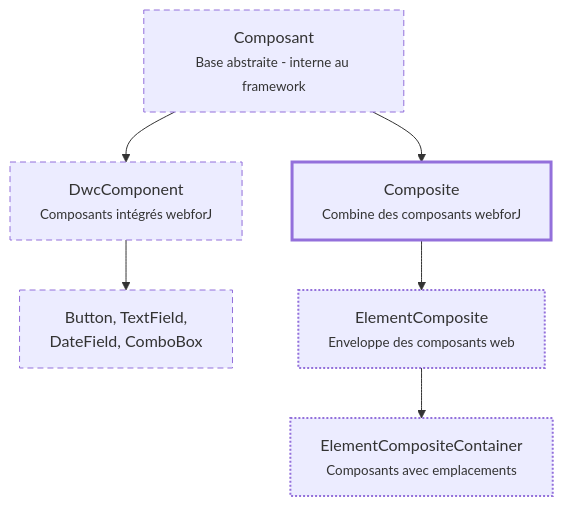
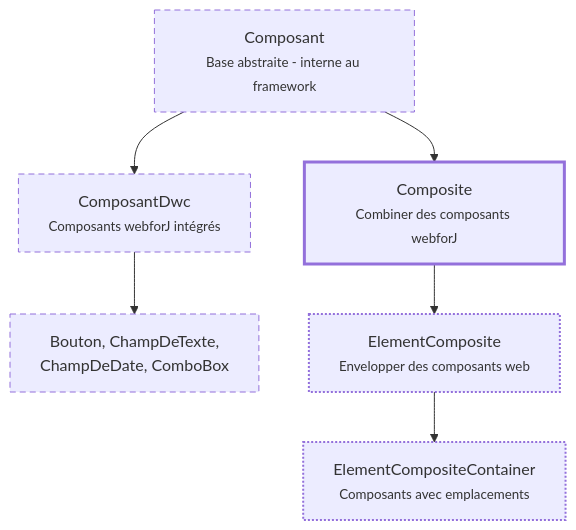
Before and after one commit to webforj/webforj-documentation: the diagram in docs/i18n/fr/docusaurus-plugin-content-docs/current/building-ui/component-fundamentals.md, drawn with Mermaid. The commit also changed other lines of this file and 23 other files, not shown here.

````diff
--- a/docs/i18n/fr/docusaurus-plugin-content-docs/current/building-ui/component-fundamentals.md
+++ b/docs/i18n/fr/docusaurus-plugin-content-docs/current/building-ui/component-fundamentals.md
@@ -52,19 +52,19 @@
 ```mermaid
 graph TD
   A[Composant<br/><small>Base abstraite - interne au framework</small>]
   
-  A --> B[DwcComponent<br/><small>Composants intégrés webforJ</small>]
-  A --> C[Composite<br/><small>Combine des composants webforJ</small>]
+  A --> B[ComposantDwc<br/><small>Composants webforJ intégrés</small>]
+  A --> C[Composite<br/><small>Combiner des composants webforJ</small>]
   
-  B --> E[Button, TextField,<br/>DateField, ComboBox]
+  B --> E[Bouton, ChampDeTexte,<br/>ChampDeDate, ComboBox]
   
-  C --> D[ElementComposite<br/><small>Enveloppe des composants web</small>]
+  C --> D[ElementComposite<br/><small>Envelopper des composants web</small>]
   D --> F[ElementCompositeContainer<br/><small>Composants avec emplacements</small>]
 
   classDef internal stroke-dasharray:6 4,stroke-width:1px
   classDef primary stroke-width:3px
   classDef secondary stroke-width:2px,stroke-dasharray:2 2
   class A,B,E internal
   class C primary
   class D,F secondary
 ```
````
